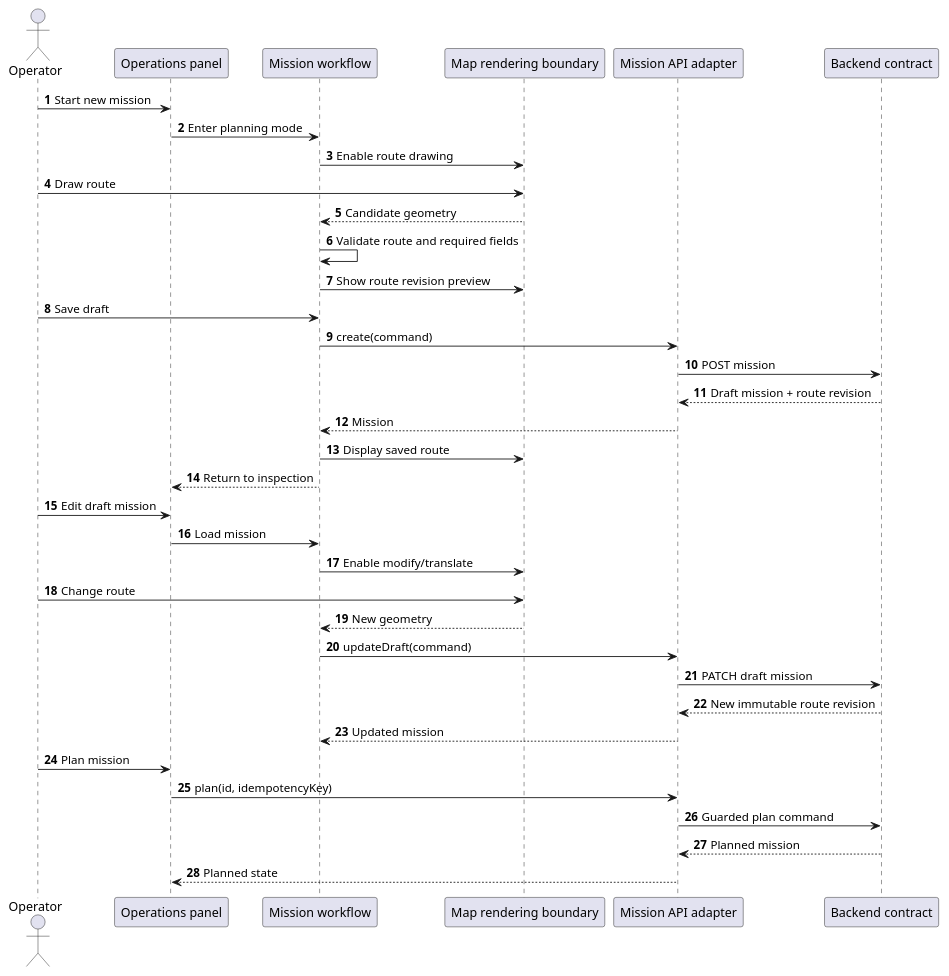
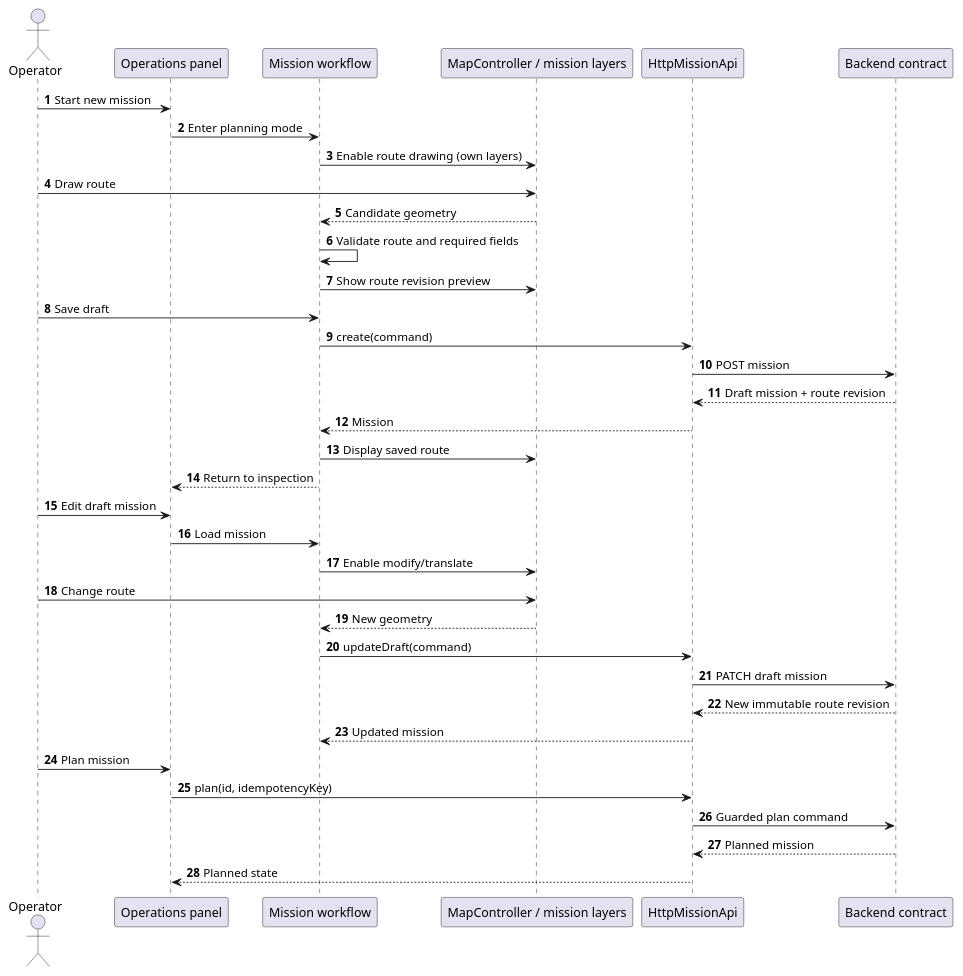
The diagram in docs/uml/0007-frontend-mission-planning-sequence.puml (ademby/ddtp1), drawn with PlantUML before and after one commit. The commit also changed 10 other files, not shown here.

```diff
--- a/docs/uml/0007-frontend-mission-planning-sequence.puml
+++ b/docs/uml/0007-frontend-mission-planning-sequence.puml
@@ -1,42 +1,42 @@
 @startuml
 autonumber
 
 actor Operator
 participant "Operations panel" as Workspace
 participant "Mission workflow" as Planning
-participant "Map rendering boundary" as Map
-participant "Mission API adapter" as Api
+participant "MapController / mission layers" as Map
+participant "HttpMissionApi" as Api
 participant "Backend contract" as Backend
 
 Operator -> Workspace: Start new mission
 Workspace -> Planning: Enter planning mode
-Planning -> Map: Enable route drawing
+Planning -> Map: Enable route drawing (own layers)
 Operator -> Map: Draw route
 Map --> Planning: Candidate geometry
 
 Planning -> Planning: Validate route and required fields
 Planning -> Map: Show route revision preview
 Operator -> Planning: Save draft
 Planning -> Api: create(command)
 Api -> Backend: POST mission
 Backend --> Api: Draft mission + route revision
 Api --> Planning: Mission
 Planning -> Map: Display saved route
 Planning --> Workspace: Return to inspection
 
 Operator -> Workspace: Edit draft mission
 Workspace -> Planning: Load mission
 Planning -> Map: Enable modify/translate
 Operator -> Map: Change route
 Map --> Planning: New geometry
 Planning -> Api: updateDraft(command)
 Api -> Backend: PATCH draft mission
 Backend --> Api: New immutable route revision
 Api --> Planning: Updated mission
 
 Operator -> Workspace: Plan mission
 Workspace -> Api: plan(id, idempotencyKey)
 Api -> Backend: Guarded plan command
 Backend --> Api: Planned mission
 Api --> Workspace: Planned state
 @enduml
```
